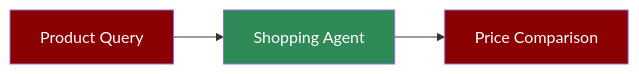
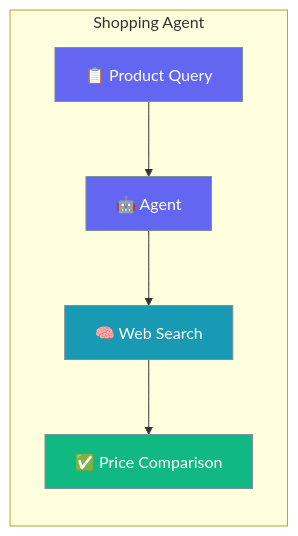
One commit to MervinPraison/PraisonAIDocs changed the first of 2 diagrams in docs/agents/shopping.mdx. Above: the diagram before and after it, drawn with Mermaid. The commit also changed other lines of this file and 1 other file, not shown here.

Commit message:
docs: AGENTS.md compliance for research, shopping agents (#1733)

````diff
--- a/docs/agents/shopping.mdx
+++ b/docs/agents/shopping.mdx
@@ -8,9 +23,16 @@
 ```mermaid
-flowchart LR
-    In[Product Query] --> Agent[Shopping Agent]
-    Agent --> Out[Price Comparison]
-    
-    style In fill:#8B0000,color:#fff
-    style Agent fill:#2E8B57,color:#fff
-    style Out fill:#8B0000,color:#fff
+graph LR
+    subgraph "Shopping Agent"
+        User[📋 Product Query] --> Agent[🤖 Agent]
+        Agent --> Search[🧠 Web Search]
+        Search --> Result[✅ Price Comparison]
+    end
+
+    classDef input fill:#6366F1,stroke:#7C90A0,color:#fff
+    classDef process fill:#189AB4,stroke:#7C90A0,color:#fff
+    classDef output fill:#10B981,stroke:#7C90A0,color:#fff
+
+    class User,Agent input
+    class Search process
+    class Result output
 ```
````
